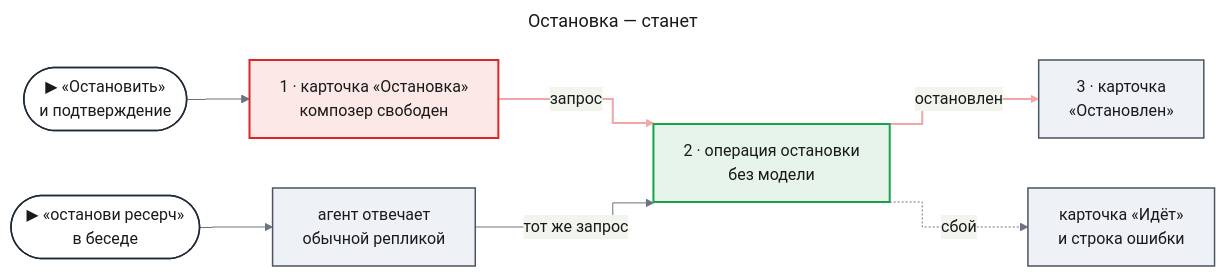
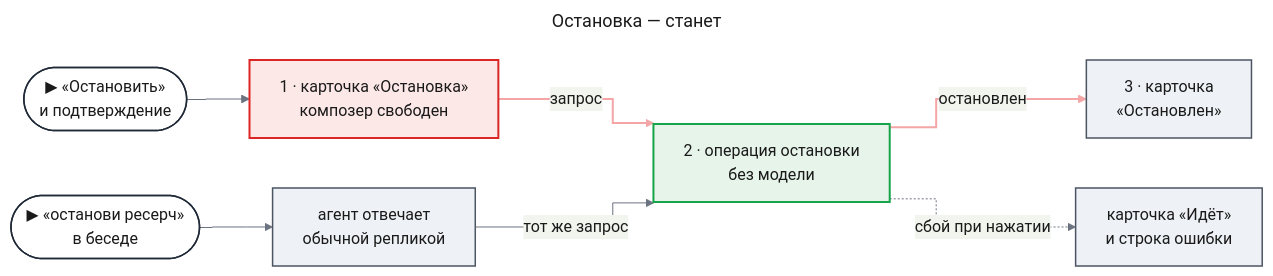
Before and after one commit to tundraray/agent-os: the sixth of 7 diagrams in docs/features/agent-quality/uxrd.md, drawn with Mermaid. The commit also changed other lines of this file and 2 other files, not shown here.

````diff
--- a/docs/features/agent-quality/uxrd.md
+++ b/docs/features/agent-quality/uxrd.md
@@ -261,43 +263,43 @@
 ```mermaid
 ---
 title: "Остановка — станет"
 config:
   theme: base
   look: classic
   themeVariables:
     primaryColor: "#eef1f5"
     primaryBorderColor: "#4b5563"
     primaryTextColor: "#1a1a1a"
     lineColor: "#6b7280"
   flowchart:
     curve: step
   themeCSS: |
     @keyframes lit_aqs2{0%,45%{stroke:#991b1b;stroke-width:6px}50%,100%{stroke:#f4a5a5;stroke-width:2px}}
 ---
 flowchart LR
     entry(["▶ «Остановить»<br/>и подтверждение"])
     s1["1 · карточка «Остановка»<br/>композер свободен"]
     op["2 · операция остановки<br/>без модели"]
     s3["3 · карточка<br/>«Остановлен»"]
     ask(["▶ «останови ресерч»<br/>в беседе"])
     agent["агент отвечает<br/>обычной репликой"]
     err["карточка «Идёт»<br/>и строка ошибки"]
     entry --> s1
     s1 e1@-->|"запрос"| op
     op e2@-->|"остановлен"| s3
     ask --> agent
     agent -->|"тот же запрос"| op
-    op -.->|"сбой"| err
+    op -.->|"сбой при нажатии"| err
     classDef entry fill:#ffffff,stroke:#1f2937,stroke-width:1.5px,color:#1a1a1a
     classDef changed fill:#fde8e8,stroke:#dc2626,stroke-width:2px,color:#1a1a1a
     classDef new fill:#e6f4ea,stroke:#16a34a,stroke-width:2px,color:#1a1a1a
     classDef unchanged fill:#eef1f5,stroke:#4b5563,stroke-width:1.5px,color:#1a1a1a
     classDef w1 stroke:#f4a5a5,stroke-width:2px,animation:lit_aqs2 2.4s linear 0s infinite
     classDef w2 stroke:#f4a5a5,stroke-width:2px,animation:lit_aqs2 2.4s linear 1.2s infinite
     class entry,ask entry
     class s1 changed
     class op new
     class s3,agent,err unchanged
     class e1 w1
     class e2 w2
 ```
````
